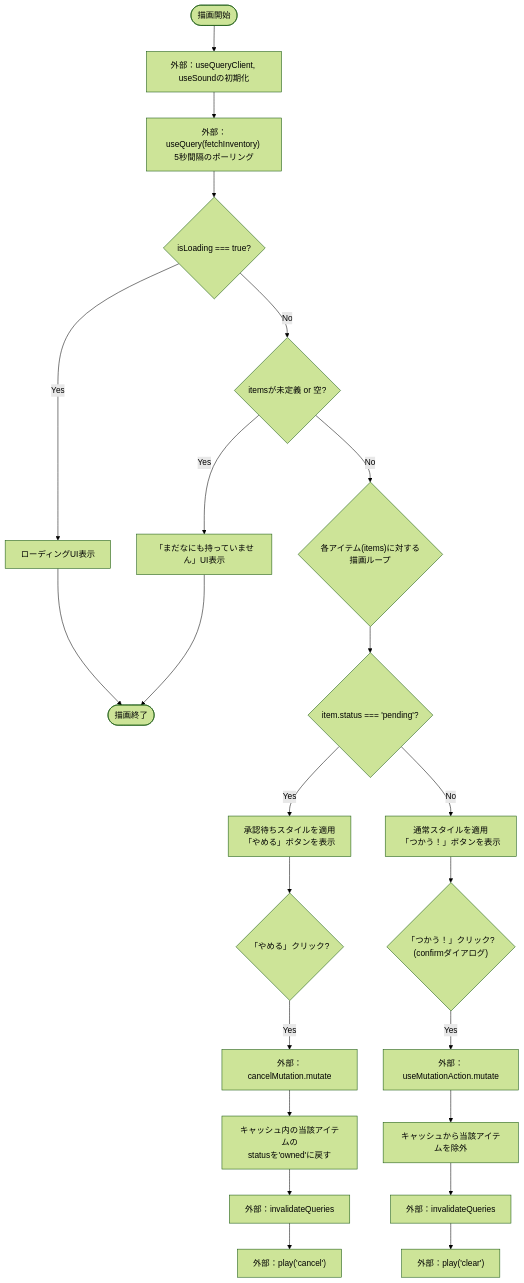
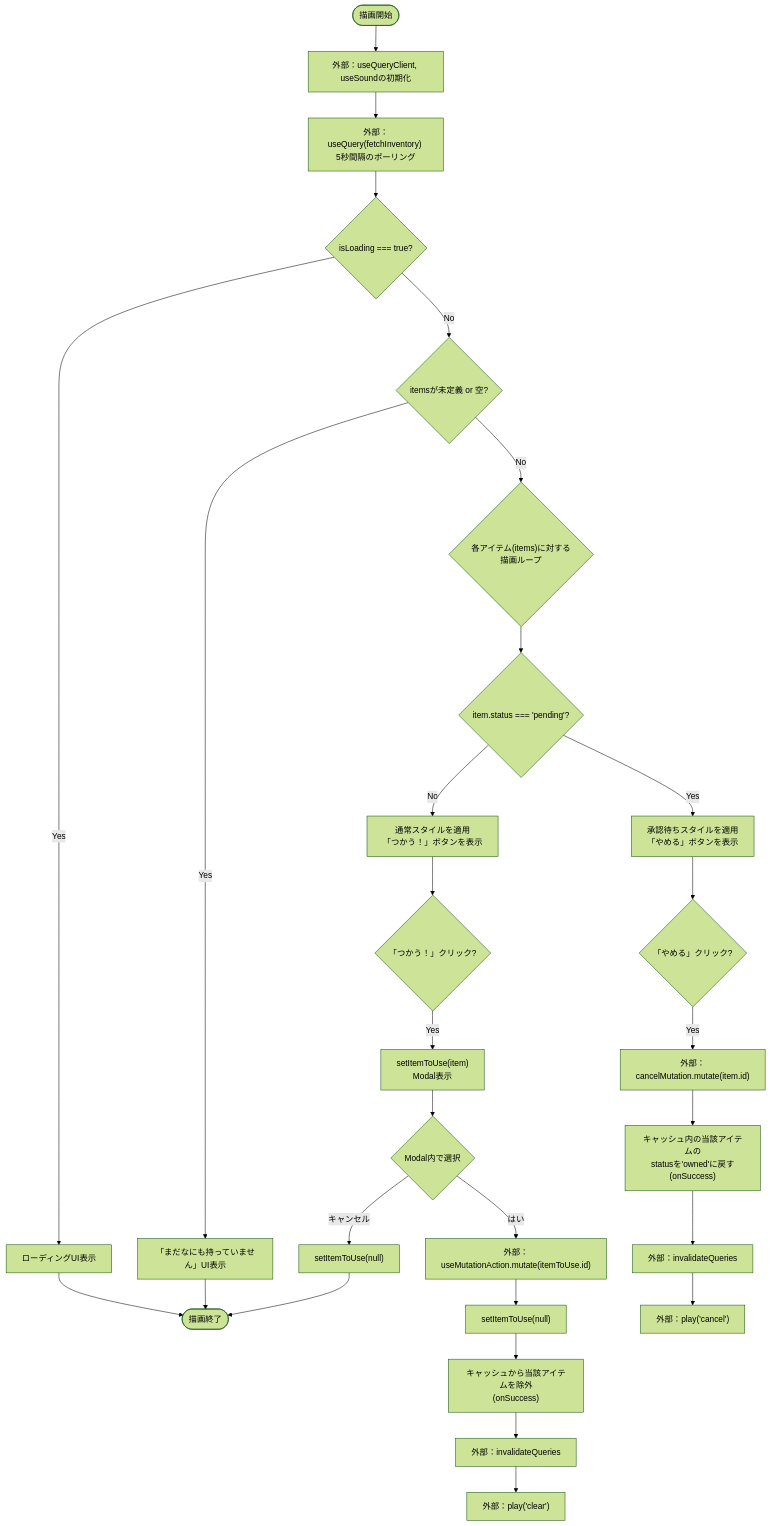
Before and after one commit to mmtigers/my_python_project: the first of 2 diagrams in docs/specifications/family-quest/src/features/shop/components/InventoryList.md, drawn with Mermaid (forest theme). The commit also changed other lines of this file and 47 other files, not shown here.

````diff
--- a/docs/specifications/family-quest/src/features/shop/components/InventoryList.md
+++ b/docs/specifications/family-quest/src/features/shop/components/InventoryList.md
@@ -72,31 +75,35 @@
 ```mermaid
 flowchart TD
     Start([描画開始]) --> Init["外部：useQueryClient, useSoundの初期化"]
     Init --> Query["外部：useQuery(fetchInventory) \n5秒間隔のポーリング"]
     Query --> CheckLoading{"isLoading === true?"}
     
     CheckLoading -- Yes --> RenderLoading["ローディングUI表示"] --> End([描画終了])
     CheckLoading -- No --> CheckEmpty{"itemsが未定義 or 空?"}
     
     CheckEmpty -- Yes --> RenderEmpty["「まだなにも持っていません」UI表示"] --> End
     CheckEmpty -- No --> MapItems{"各アイテム(items)に対する描画ループ"}
     
     MapItems --> CheckStatus{"item.status === 'pending'?"}
     
     CheckStatus -- Yes --> RenderPending["承認待ちスタイルを適用\n「やめる」ボタンを表示"]
     CheckStatus -- No --> RenderOwned["通常スタイルを適用\n「つかう！」ボタンを表示"]
     
     RenderPending --> CancelClick{"「やめる」クリック?"}
-    RenderOwned --> UseClick{"「つかう！」クリック?\n(confirmダイアログ)"}
+    RenderOwned --> UseClick{"「つかう！」クリック?"}
     
-    UseClick -- Yes --> MutateUse["外部：useMutationAction.mutate"]
-    MutateUse --> OptimisticUse["キャッシュから当該アイテムを除外"]
+    UseClick -- Yes --> SetItemToUse["setItemToUse(item)\nModal表示"]
+    SetItemToUse --> ModalChoice{"Modal内で選択"}
+    ModalChoice -- "キャンセル" --> CloseModal["setItemToUse(null)"] --> End
+    ModalChoice -- "はい" --> MutateUse["外部：useMutationAction.mutate(itemToUse.id)"]
+    MutateUse --> CloseModal2["setItemToUse(null)"]
+    CloseModal2 --> OptimisticUse["キャッシュから当該アイテムを除外\n(onSuccess)"]
     OptimisticUse --> InvalidateUse["外部：invalidateQueries"]
     InvalidateUse --> PlayClear["外部：play('clear')"]
     
-    CancelClick -- Yes --> MutateCancel["外部：cancelMutation.mutate"]
-    MutateCancel --> OptimisticCancel["キャッシュ内の当該アイテムの\nstatusを'owned'に戻す"]
+    CancelClick -- Yes --> MutateCancel["外部：cancelMutation.mutate(item.id)"]
+    MutateCancel --> OptimisticCancel["キャッシュ内の当該アイテムの\nstatusを'owned'に戻す\n(onSuccess)"]
     OptimisticCancel --> InvalidateCancel["外部：invalidateQueries"]
     InvalidateCancel --> PlayCancel["外部：play('cancel')"]
 
 ```
````
